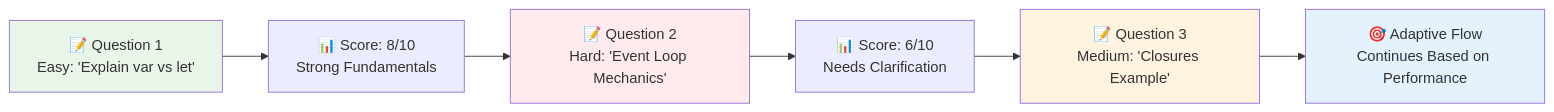
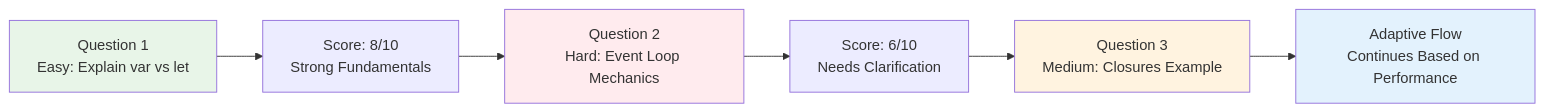
Before and after one commit to VIKAS9793/ai-interviewer-langchain: the third of 4 diagrams in README.md, drawn with Mermaid. The commit also changed other lines of this file and 1 other file, not shown here.

First line of the commit message:
docs: add MIT license and fix Mermaid diagram

````diff
--- a/README.md
+++ b/README.md
@@ -421,13 +421,13 @@
 ```mermaid
 graph LR
-    A[📝 Question 1<br/>Easy: 'Explain var vs let'] --> B[📊 Score: 8/10<br/>Strong Fundamentals]
-    B --> C[📝 Question 2<br/>Hard: 'Event Loop Mechanics']
-    C --> D[📊 Score: 6/10<br/>Needs Clarification] 
-    D --> E[📝 Question 3<br/>Medium: 'Closures Example']
-    E --> F[🎯 Adaptive Flow<br/>Continues Based on Performance]
+    A[Question 1<br/>Easy: Explain var vs let] --> B[Score: 8/10<br/>Strong Fundamentals]
+    B --> C[Question 2<br/>Hard: Event Loop Mechanics]
+    C --> D[Score: 6/10<br/>Needs Clarification] 
+    D --> E[Question 3<br/>Medium: Closures Example]
+    E --> F[Adaptive Flow<br/>Continues Based on Performance]
     
     style A fill:#e8f5e8
     style C fill:#ffebee
     style E fill:#fff3e0
     style F fill:#e3f2fd
 ```
````
